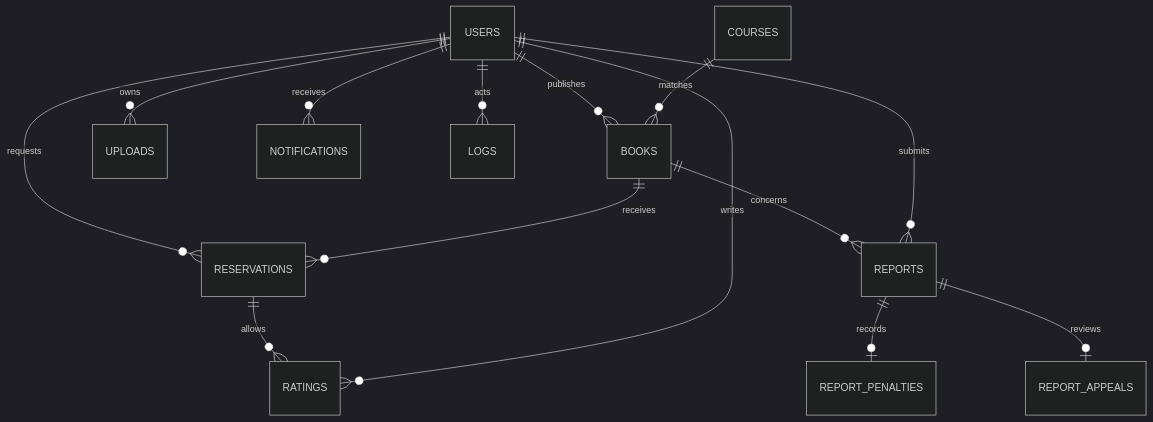
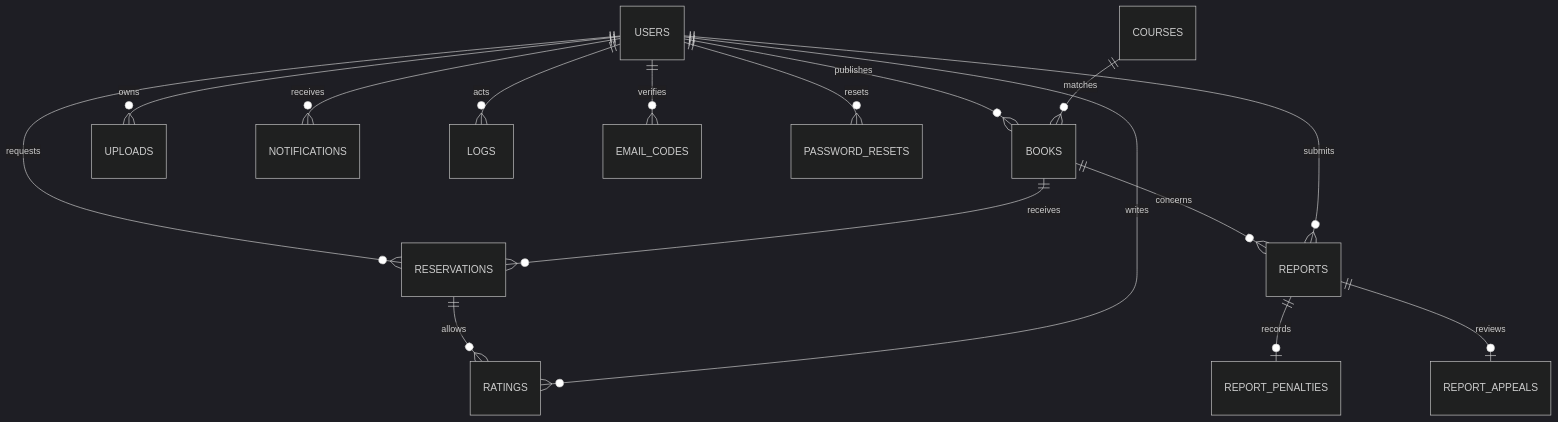
One commit to Freisure/Software_Engineering changed the second of 3 diagrams in docs/design.md. Above: the diagram before and after it, drawn with Mermaid (dark theme). The commit also changed other lines of this file and 7 other files, not shown here.

First line of the commit message:
feat(auth): email password recovery, unbind and account deletion

````diff
--- a/docs/design.md
+++ b/docs/design.md
@@ -35,16 +35,18 @@
 ```mermaid
 erDiagram
   USERS ||--o{ BOOKS : publishes
   COURSES ||--o{ BOOKS : matches
   USERS ||--o{ RESERVATIONS : requests
   BOOKS ||--o{ RESERVATIONS : receives
   RESERVATIONS ||--o{ RATINGS : allows
   USERS ||--o{ RATINGS : writes
   BOOKS ||--o{ REPORTS : concerns
   USERS ||--o{ REPORTS : submits
   REPORTS ||--o| REPORT_PENALTIES : records
   REPORTS ||--o| REPORT_APPEALS : reviews
   USERS ||--o{ UPLOADS : owns
   USERS ||--o{ NOTIFICATIONS : receives
   USERS ||--o{ LOGS : acts
+  USERS ||--o{ EMAIL_CODES : verifies
+  USERS ||--o{ PASSWORD_RESETS : resets
 ```
````
